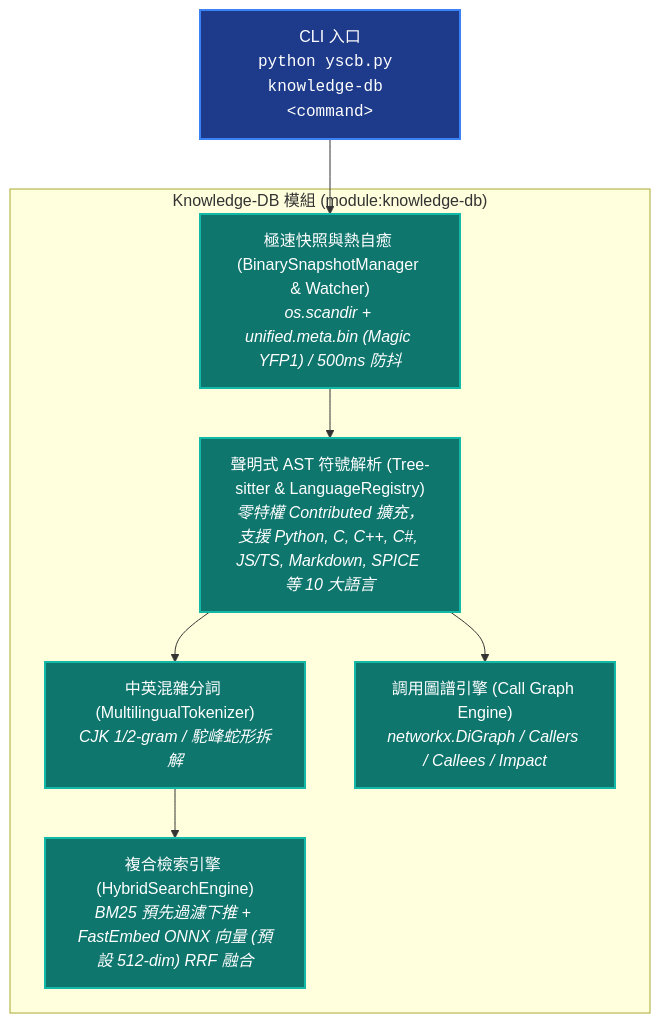
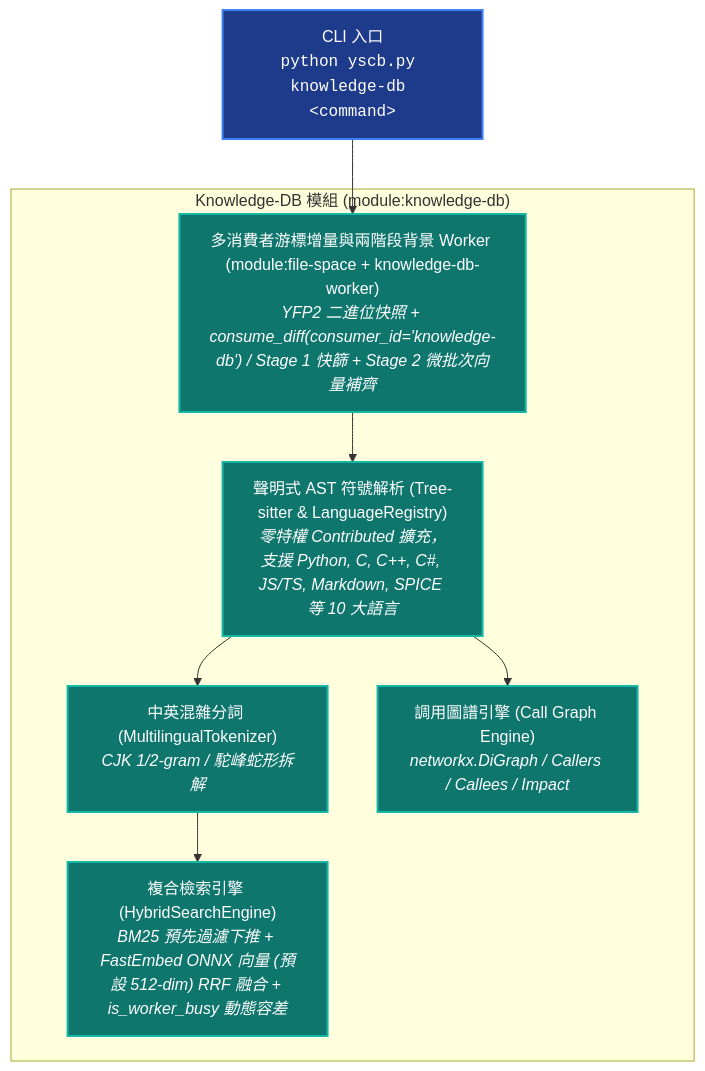
The diagram in ys_codebase/source/knowledge-db/README.md (ysnaive/ys-codebase), drawn with Mermaid before and after one commit. The commit also changed other lines of this file and 125 other files, not shown here.

First line of the commit message:
feat(file-space,knowledge-db,core,agents-workflow): introduce file-space module, contributes merge DSL, and self-healing fixes

````diff
--- a/ys_codebase/source/knowledge-db/README.md
+++ b/ys_codebase/source/knowledge-db/README.md
@@ -45,21 +41,21 @@
 ```mermaid
 graph TD
     classDef main fill:#1e3a8a,stroke:#3b82f6,stroke-width:2px,color:#fff;
     classDef sub fill:#0f766e,stroke:#14b8a6,stroke-width:2px,color:#fff;
 
     CLI["CLI 入口<br/><code>python yscb.py knowledge-db &lt;command&gt;</code>"]:::main
 
     subgraph KnowledgeDBModule ["Knowledge-DB 模組 (module:knowledge-db)"]
-        Scanner["極速快照與熱自癒 (BinarySnapshotManager & Watcher)<br/><i>os.scandir + unified.meta.bin (Magic YFP1) / 500ms 防抖</i>"]:::sub
+        Scanner["多消費者游標增量與兩階段背景 Worker (module:file-space + knowledge-db-worker)<br/><i>YFP2 二進位快照 + consume_diff(consumer_id='knowledge-db') / Stage 1 快篩 + Stage 2 微批次向量補齊</i>"]:::sub
         Parsers["聲明式 AST 符號解析 (Tree-sitter & LanguageRegistry)<br/><i>零特權 Contributed 擴充，支援 Python, C, C++, C#, JS/TS, Markdown, SPICE 等 10 大語言</i>"]:::sub
         Tokenizer["中英混雜分詞 (MultilingualTokenizer)<br/><i>CJK 1/2-gram / 駝峰蛇形拆解</i>"]:::sub
-        Retrieval["複合檢索引擎 (HybridSearchEngine)<br/><i>BM25 預先過濾下推 + FastEmbed ONNX 向量 (預設 512-dim) RRF 融合</i>"]:::sub
+        Retrieval["複合檢索引擎 (HybridSearchEngine)<br/><i>BM25 預先過濾下推 + FastEmbed ONNX 向量 (預設 512-dim) RRF 融合 + is_worker_busy 動態容差</i>"]:::sub
         Graph["調用圖譜引擎 (Call Graph Engine)<br/><i>networkx.DiGraph / Callers / Callees / Impact</i>"]:::sub
     end
 
     CLI --> Scanner
     Scanner --> Parsers
     Parsers --> Tokenizer
     Tokenizer --> Retrieval
     Parsers --> Graph
 ```
````
